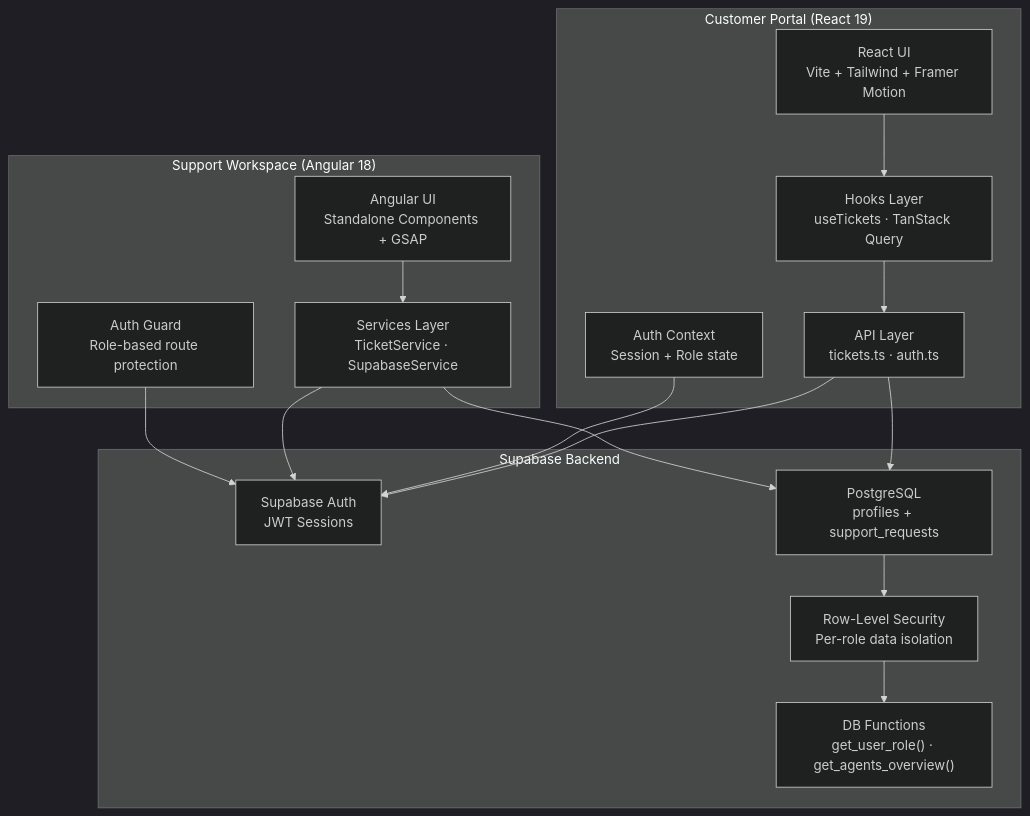
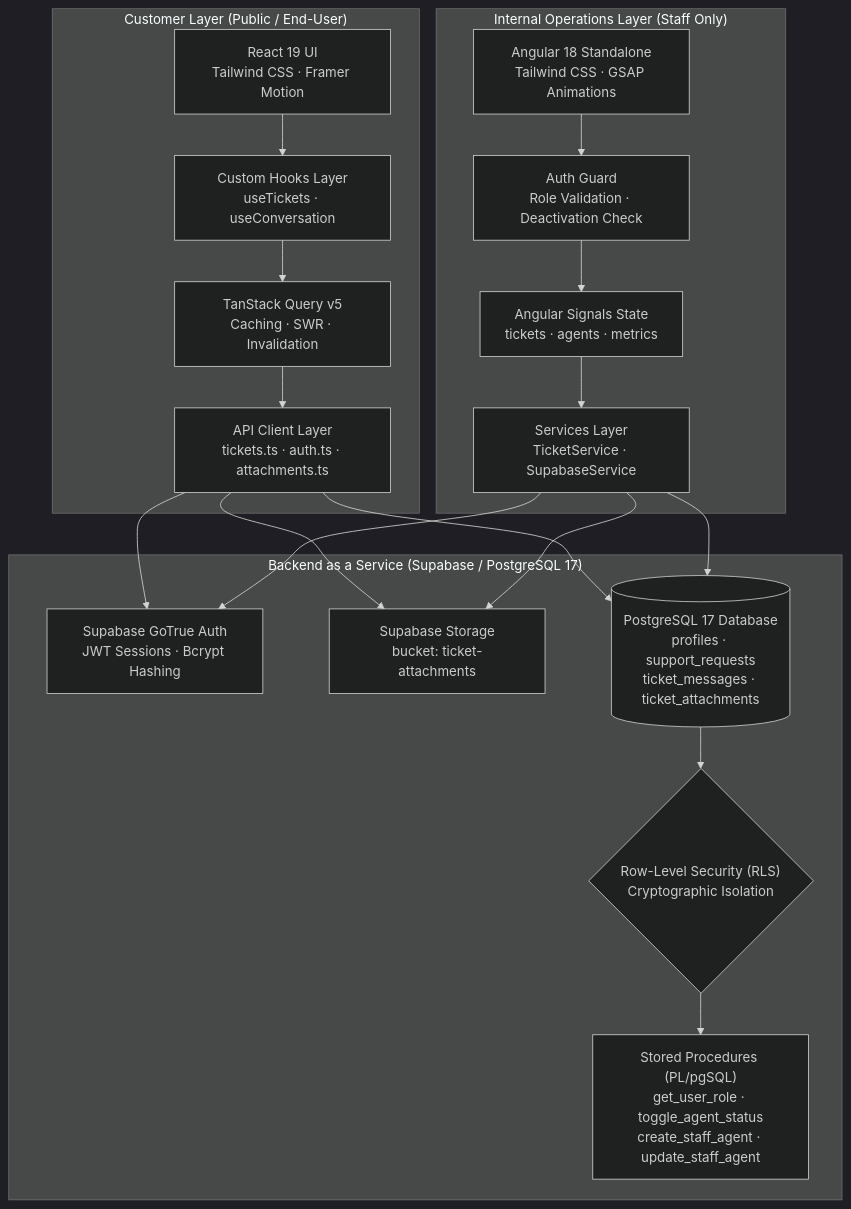
One commit to zyadmoataz/Customer-Support-Operations-Platform changed the first of 3 diagrams in README.md. Above: the diagram before and after it, drawn with Mermaid (dark theme). The commit also changed other lines of this file and 8 other files, not shown here.

````diff
--- a/README.md
+++ b/README.md
@@ -39,33 +67,35 @@
 ```mermaid
 graph TB
-    subgraph "Customer Portal (React 19)"
-        CP_UI["React UI<br/>Vite + Tailwind + Framer Motion"]
-        CP_API["API Layer<br/>tickets.ts · auth.ts"]
-        CP_HOOKS["Hooks Layer<br/>useTickets · TanStack Query"]
-        CP_CTX["Auth Context<br/>Session + Role state"]
+    subgraph "Customer Layer (Public / End-User)"
+        CP_UI["React 19 UI<br/>Tailwind CSS · Framer Motion"]
+        CP_HOOKS["Custom Hooks Layer<br/>useTickets · useConversation"]
+        CP_QUERY["TanStack Query v5<br/>Caching · SWR · Invalidation"]
+        CP_API["API Client Layer<br/>tickets.ts · auth.ts · attachments.ts"]
     end
 
-    subgraph "Support Workspace (Angular 18)"
-        SW_UI["Angular UI<br/>Standalone Components + GSAP"]
+    subgraph "Internal Operations Layer (Staff Only)"
+        SW_UI["Angular 18 Standalone<br/>Tailwind CSS · GSAP Animations"]
+        SW_GUARD["Auth Guard<br/>Role Validation · Deactivation Check"]
+        SW_SIGNALS["Angular Signals State<br/>tickets · agents · metrics"]
         SW_SVC["Services Layer<br/>TicketService · SupabaseService"]
-        SW_GUARD["Auth Guard<br/>Role-based route protection"]
     end
 
-    subgraph "Supabase Backend"
-        SB_AUTH["Supabase Auth<br/>JWT Sessions"]
-        SB_DB["PostgreSQL<br/>profiles + support_requests"]
-        SB_RLS["Row-Level Security<br/>Per-role data isolation"]
-        SB_FN["DB Functions<br/>get_user_role() · get_agents_overview()"]
+    subgraph "Backend as a Service (Supabase / PostgreSQL 17)"
+        SB_AUTH["Supabase GoTrue Auth<br/>JWT Sessions · Bcrypt Hashing"]
+        SB_STORAGE["Supabase Storage<br/>bucket: ticket-attachments"]
+        SB_DB[("PostgreSQL 17 Database<br/>profiles · support_requests<br/>ticket_messages · ticket_attachments")]
+        SB_RLS{"Row-Level Security (RLS)<br/>Cryptographic Isolation"}
+        SB_RPC["Stored Procedures (PL/pgSQL)<br/>get_user_role · toggle_agent_status<br/>create_staff_agent · update_staff_agent"]
     end
 
-    CP_UI --> CP_HOOKS --> CP_API --> SB_AUTH
+    CP_UI --> CP_HOOKS --> CP_QUERY --> CP_API --> SB_AUTH
     CP_API --> SB_DB
-    CP_CTX --> SB_AUTH
+    CP_API --> SB_STORAGE
 
-    SW_UI --> SW_SVC --> SB_AUTH
+    SW_UI --> SW_GUARD --> SW_SIGNALS --> SW_SVC --> SB_AUTH
     SW_SVC --> SB_DB
-    SW_GUARD --> SB_AUTH
+    SW_SVC --> SB_STORAGE
 
     SB_DB --> SB_RLS
-    SB_RLS --> SB_FN
+    SB_RLS --> SB_RPC
 ```
````
